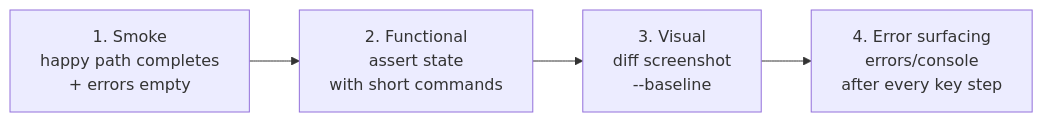
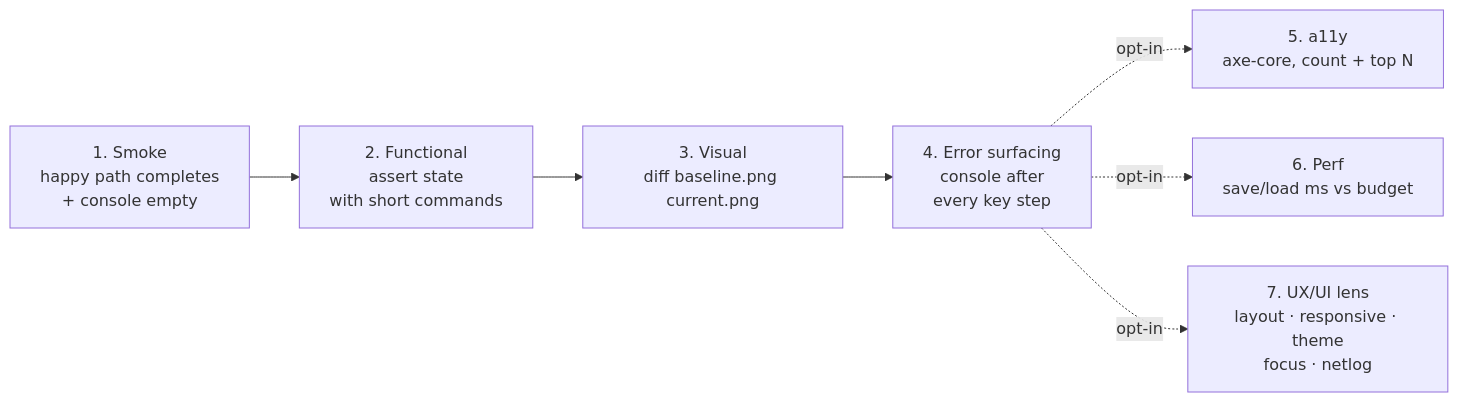
Before and after one commit to Teibto/teibto-browser-qa: the third of 5 diagrams in docs/ARCHITECTURE.md, drawn with Mermaid. The commit also changed other lines of this file and 7 other files, not shown here.

````diff
--- a/docs/ARCHITECTURE.md
+++ b/docs/ARCHITECTURE.md
@@ -70,6 +73,9 @@
 ```mermaid
 flowchart LR
-    s["1. Smoke<br/>happy path completes<br/>+ errors empty"] --> f["2. Functional<br/>assert state<br/>with short commands"]
-    f --> v["3. Visual<br/>diff screenshot<br/>--baseline"]
-    v --> e["4. Error surfacing<br/>errors/console<br/>after every key step"]
+    s["1. Smoke<br/>happy path completes<br/>+ console empty"] --> f["2. Functional<br/>assert state<br/>with short commands"]
+    f --> v["3. Visual<br/>diff baseline.png current.png"]
+    v --> e["4. Error surfacing<br/>console after<br/>every key step"]
+    e -.opt-in.-> a["5. a11y<br/>axe-core, count + top N"]
+    e -.opt-in.-> p["6. Perf<br/>save/load ms vs budget"]
+    e -.opt-in.-> u["7. UX/UI lens<br/>layout · responsive · theme<br/>focus · netlog"]
 ```
````
